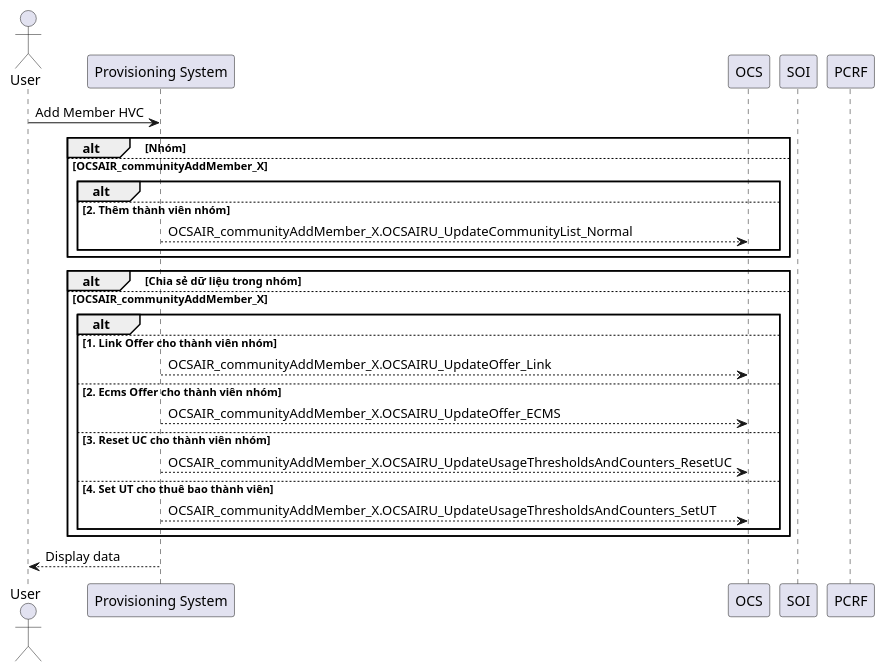
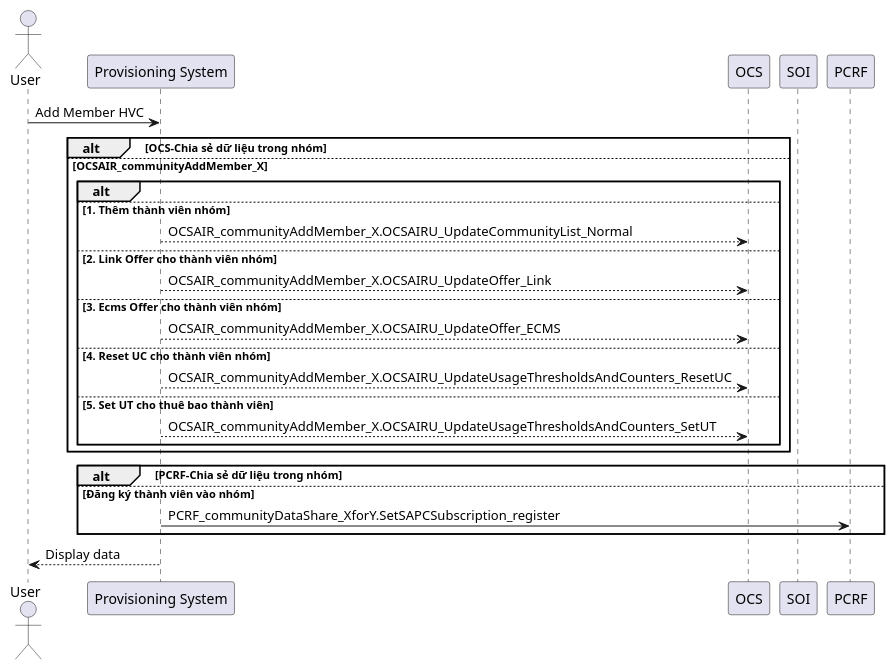
The diagram in Spec/vip199_addmember.puml (thuannc/repo), drawn with PlantUML before and after one commit.

```diff
--- a/Spec/vip199_addmember.puml
+++ b/Spec/vip199_addmember.puml
@@ -1,34 +1,33 @@
 @startuml
 actor User
 participant "Provisioning System" as pro
 participant "OCS" as ocs
 participant "SOI" as soi
 participant "PCRF" as pcrf
 
 User -> pro: Add Member HVC
 
-
-alt Nhóm
-    else OCSAIR_communityAddMember_X
-    alt
-        else 2. Thêm thành viên nhóm
-            pro -->ocs: OCSAIR_communityAddMember_X.OCSAIRU_UpdateCommunityList_Normal
-    end
-end
-
-alt Chia sẻ dữ liệu trong nhóm
+alt OCS-Chia sẻ dữ liệu trong nhóm
 else OCSAIR_communityAddMember_X
     alt
-        else 1. Link Offer cho thành viên nhóm
+        else 1. Thêm thành viên nhóm
+                pro -->ocs: OCSAIR_communityAddMember_X.OCSAIRU_UpdateCommunityList_Normal
+        else 2. Link Offer cho thành viên nhóm
             pro -->ocs: OCSAIR_communityAddMember_X.OCSAIRU_UpdateOffer_Link
-        else 2. Ecms Offer cho thành viên nhóm
+        else 3. Ecms Offer cho thành viên nhóm
                 pro -->ocs: OCSAIR_communityAddMember_X.OCSAIRU_UpdateOffer_ECMS
-        else 3. Reset UC cho thành viên nhóm
+        else 4. Reset UC cho thành viên nhóm
             pro -->ocs: OCSAIR_communityAddMember_X.OCSAIRU_UpdateUsageThresholdsAndCounters_ResetUC
-        else 4. Set UT cho thuê bao thành viên
+        else 5. Set UT cho thuê bao thành viên
                 pro -->ocs: OCSAIR_communityAddMember_X.OCSAIRU_UpdateUsageThresholdsAndCounters_SetUT
     end
 end
 
+alt PCRF-Chia sẻ dữ liệu trong nhóm
+else Đăng ký thành viên vào nhóm
+    pro -> pcrf: PCRF_communityDataShare_XforY.SetSAPCSubscription_register
+end
+
+
 pro --> User: Display data
 @enduml
```
